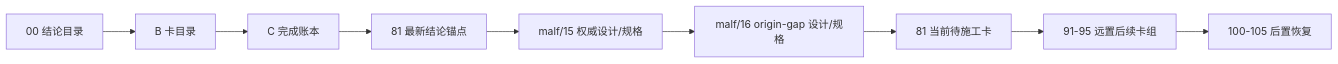
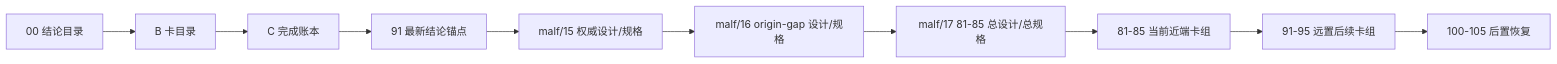
The diagram in docs/03-execution/A-execution-reading-order-20260409.md (everything-is-simple/lifespan-0.01), drawn with Mermaid before and after one commit. The commit also changed other lines of this file and 27 other files, not shown here.

````diff
--- a/docs/03-execution/A-execution-reading-order-20260409.md
+++ b/docs/03-execution/A-execution-reading-order-20260409.md
@@ -29,11 +35,12 @@
 ```mermaid
 flowchart LR
     CONC["00 结论目录"] --> BCAT["B 卡目录"]
     BCAT --> CLED["C 完成账本"]
-    CLED --> ANC["81 最新结论锚点"]
+    CLED --> ANC["91 最新结论锚点"]
     ANC --> DES["malf/15 权威设计/规格"]
     DES --> GAP["malf/16 origin-gap 设计/规格"]
-    GAP --> G79["81 当前待施工卡"]
+    GAP --> GOV["malf/17 81-85 总设计/总规格"]
+    GOV --> G79["81-85 当前近端卡组"]
     G79 --> G84["91-95 远置后续卡组"]
     G84 --> NEXT["100-105 后置恢复"]
 ```
````
